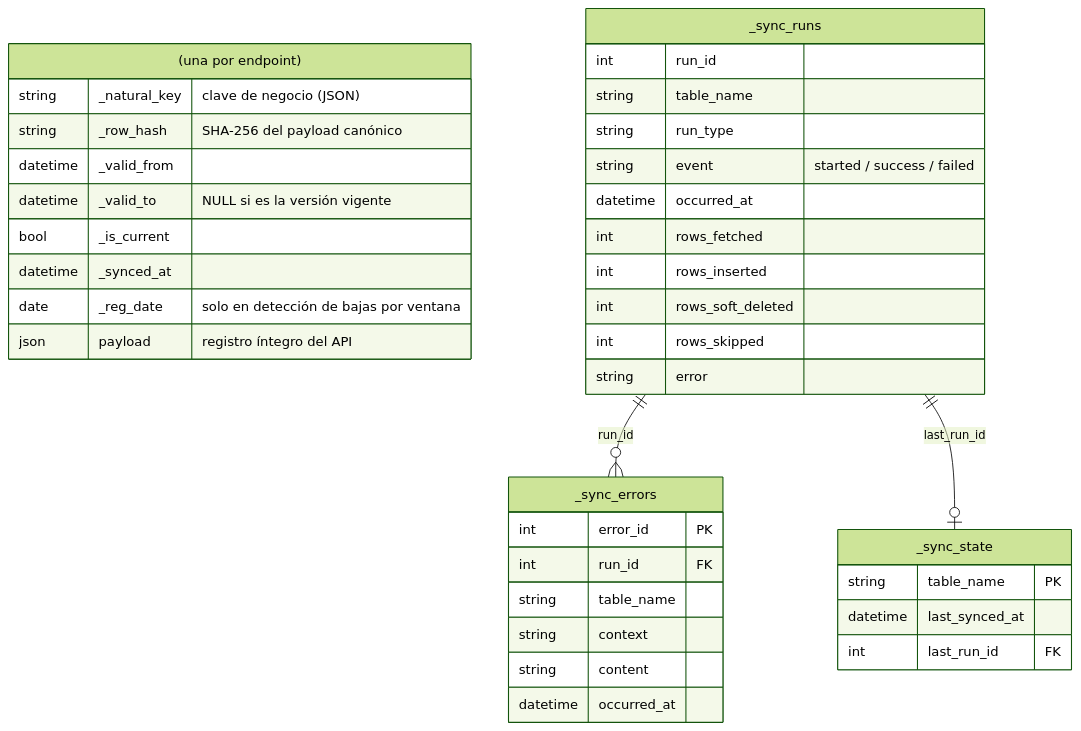
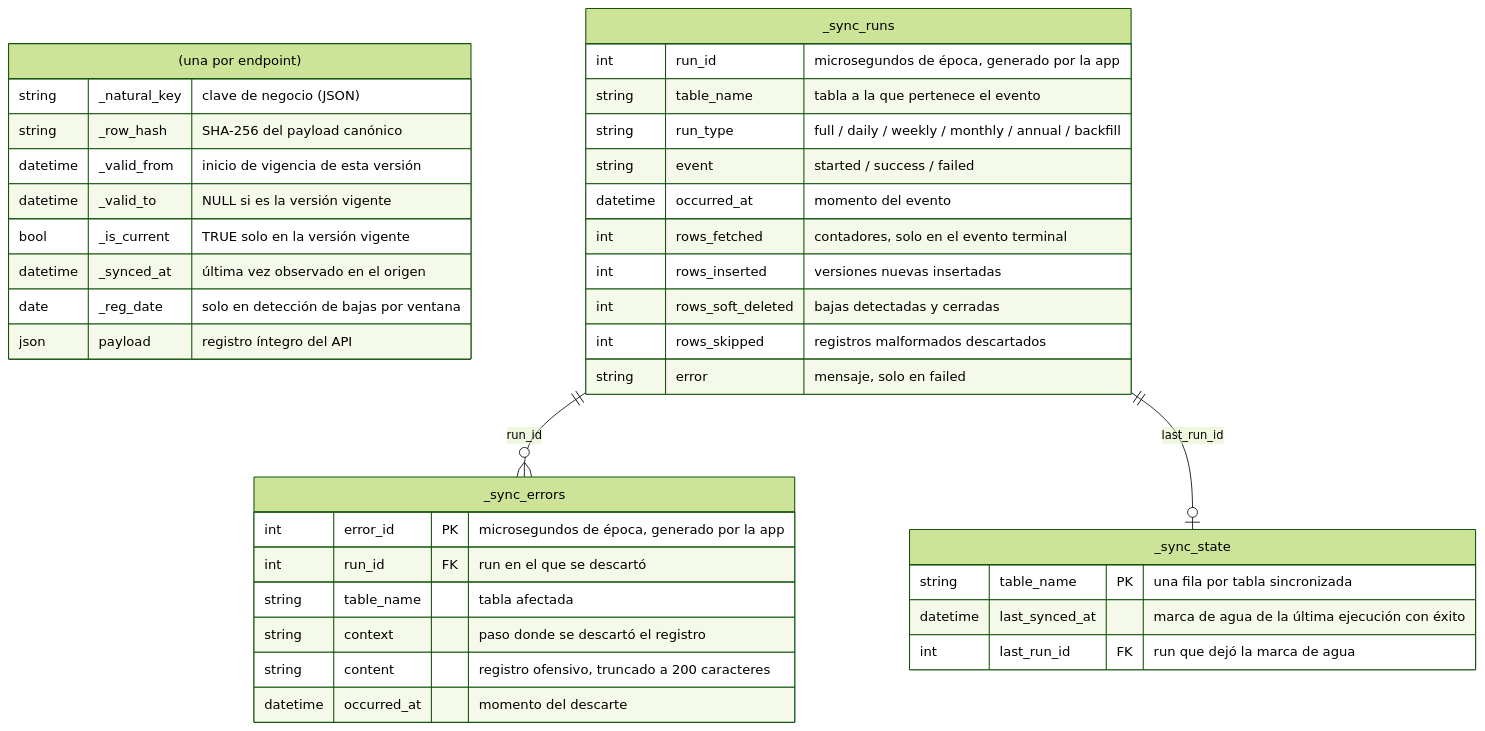
Before and after one commit to cruzlorite/bdns-fetch: the first of 2 diagrams in packages/bdns-sync/README.md, drawn with Mermaid (forest theme). The commit also changed other lines of this file and 1 other file, not shown here.

Commit message:
docs: fill in schema diagram column descriptions, note success-event window
Every column in the Mermaid erDiagram now carries a short description.
The run-lifecycle section explains why the success event lives outside
the data transaction: a correct ingest can theoretically lose its
terminal event, which at worst causes a harmless idempotent re-run,
whereas writing it inside the transaction could let a success describe
rolled-back data.

````diff
--- a/packages/bdns-sync/README.md
+++ b/packages/bdns-sync/README.md
@@ -111,40 +111,40 @@
 ```mermaid
 erDiagram
     "<entidad> (una por endpoint)" {
         string  _natural_key   "clave de negocio (JSON)"
         string  _row_hash      "SHA-256 del payload canónico"
-        datetime _valid_from
+        datetime _valid_from   "inicio de vigencia de esta versión"
         datetime _valid_to     "NULL si es la versión vigente"
-        bool    _is_current
-        datetime _synced_at
+        bool    _is_current    "TRUE solo en la versión vigente"
+        datetime _synced_at    "última vez observado en el origen"
         date    _reg_date      "solo en detección de bajas por ventana"
         json    payload        "registro íntegro del API"
     }
     _sync_state {
-        string   table_name PK
-        datetime last_synced_at
-        int      last_run_id FK
+        string   table_name PK "una fila por tabla sincronizada"
+        datetime last_synced_at "marca de agua de la última ejecución con éxito"
+        int      last_run_id FK "run que dejó la marca de agua"
     }
     _sync_runs {
-        int      run_id
-        string   table_name
-        string   run_type
+        int      run_id        "microsegundos de época, generado por la app"
+        string   table_name    "tabla a la que pertenece el evento"
+        string   run_type      "full / daily / weekly / monthly / annual / backfill"
         string   event         "started / success / failed"
-        datetime occurred_at
-        int      rows_fetched
-        int      rows_inserted
-        int      rows_soft_deleted
-        int      rows_skipped
-        string   error
+        datetime occurred_at   "momento del evento"
+        int      rows_fetched  "contadores, solo en el evento terminal"
+        int      rows_inserted "versiones nuevas insertadas"
+        int      rows_soft_deleted "bajas detectadas y cerradas"
+        int      rows_skipped  "registros malformados descartados"
+        string   error         "mensaje, solo en failed"
     }
     _sync_errors {
-        int      error_id PK
-        int      run_id FK
-        string   table_name
-        string   context
-        string   content
-        datetime occurred_at
+        int      error_id PK   "microsegundos de época, generado por la app"
+        int      run_id FK     "run en el que se descartó"
+        string   table_name    "tabla afectada"
+        string   context       "paso donde se descartó el registro"
+        string   content       "registro ofensivo, truncado a 200 caracteres"
+        datetime occurred_at   "momento del descarte"
     }
     _sync_runs ||--o{ _sync_errors : "run_id"
     _sync_runs ||--o| _sync_state : "last_run_id"
 ```
````
